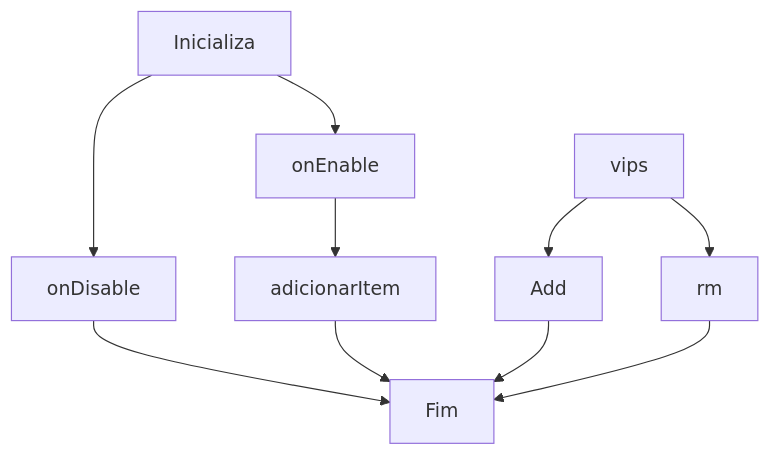
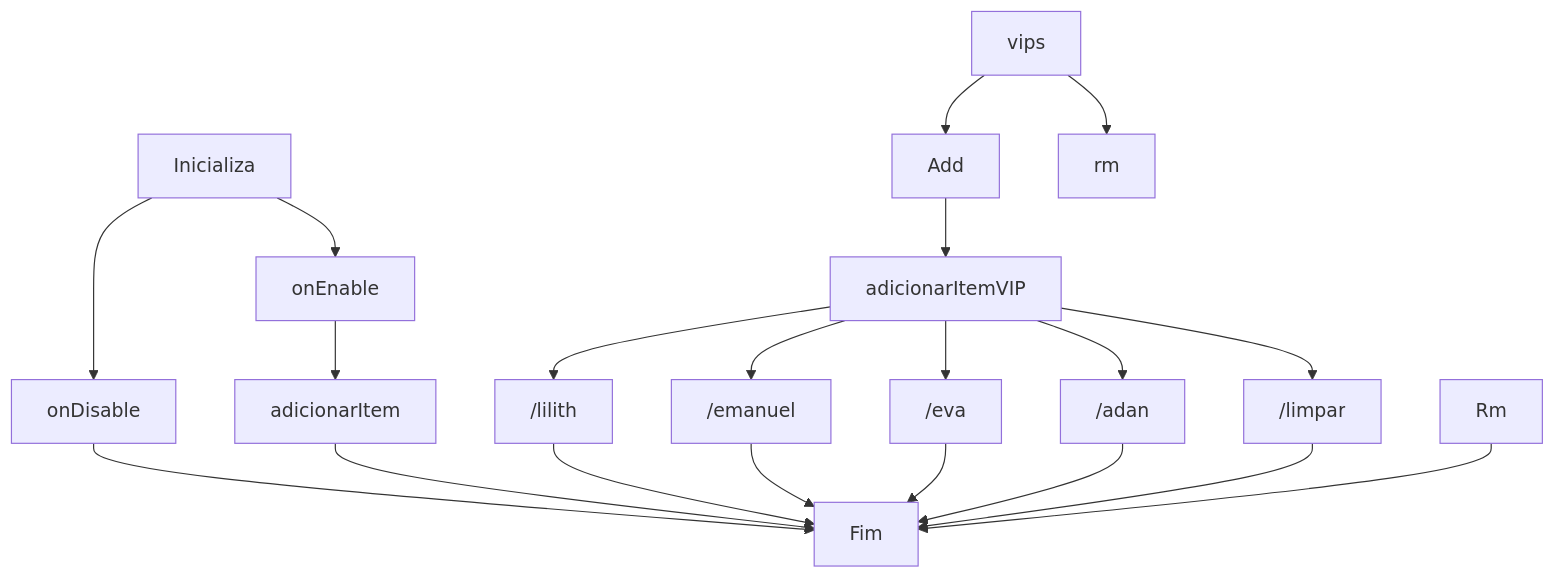
One commit to astral123457/bk changed the diagram in README.md. Above: the diagram before and after it, drawn with Mermaid.

````diff
--- a/README.md
+++ b/README.md
@@ -64,12 +64,22 @@
 ```mermaid
 graph TD;
     Inicializa-->onEnable;
     Inicializa-->onDisable;
     onEnable-->adicionarItem;
     onDisable-->Fim;
     adicionarItem-->Fim;
     vips-->Add;
     vips-->rm;
-    Add-->Fim;
-    rm-->Fim;
+    Add-->adicionarItemVIP;
+    adicionarItemVIP-->/lilith;
+    /lilith-->Fim;
+    adicionarItemVIP-->/emanuel;
+    /emanuel-->Fim;
+    adicionarItemVIP-->/eva;
+    /eva-->Fim;
+    adicionarItemVIP-->/adan;
+    /adan-->Fim;
+    adicionarItemVIP-->/limpar;
+    /limpar-->Fim;
+    Rm-->Fim;
 ```
````
